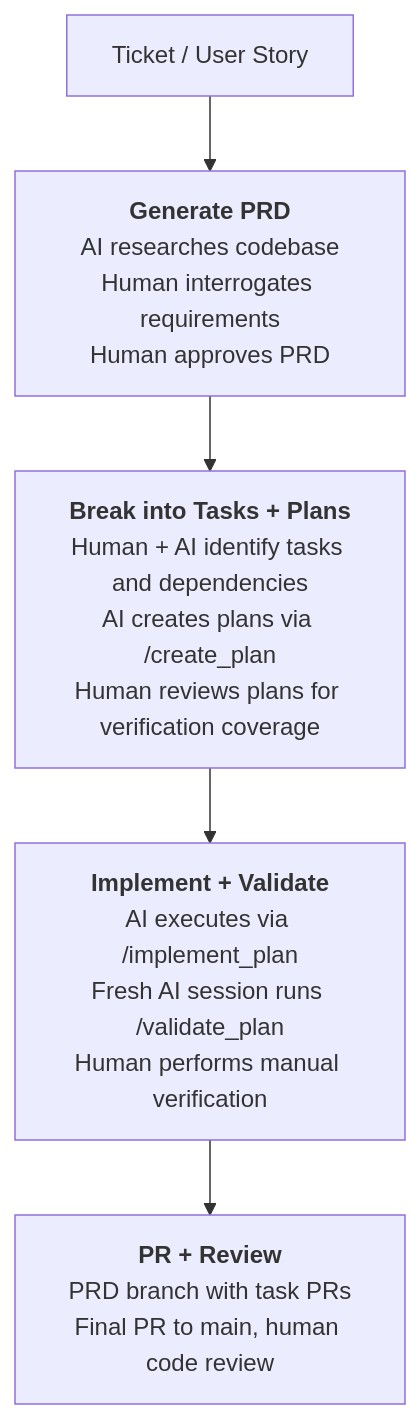
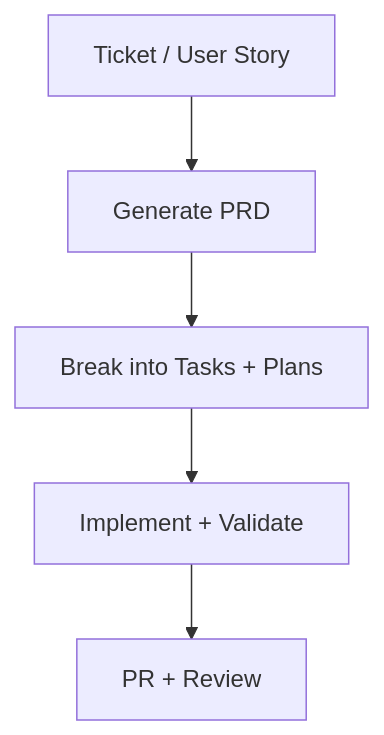
The diagram in content/playbooks/ai-driven-development/_index.md (focusconsulting/focus-ai-playbooks), drawn with Mermaid before and after one commit.

Commit message:
fix: simplify mermaid diagram to plain step names only

````diff
--- a/content/playbooks/ai-driven-development/_index.md
+++ b/content/playbooks/ai-driven-development/_index.md
@@ -42,10 +42,7 @@
 ```mermaid
 flowchart TD
-    A["Ticket / User Story"]
-    B["<b>Generate PRD</b><br/>AI researches codebase<br/>Human interrogates requirements<br/>Human approves PRD"]
-    C["<b>Break into Tasks + Plans</b><br/>Human + AI identify tasks and dependencies<br/>AI creates plans via /create_plan<br/>Human reviews plans for verification coverage"]
-    D["<b>Implement + Validate</b><br/>AI executes via /implement_plan<br/>Fresh AI session runs /validate_plan<br/>Human performs manual verification"]
-    E["<b>PR + Review</b><br/>PRD branch with task PRs<br/>Final PR to main, human code review"]
-
-    A --> B --> C --> D --> E
+    A[Ticket / User Story] --> B[Generate PRD]
+    B --> C[Break into Tasks + Plans]
+    C --> D[Implement + Validate]
+    D --> E[PR + Review]
 ```
````
